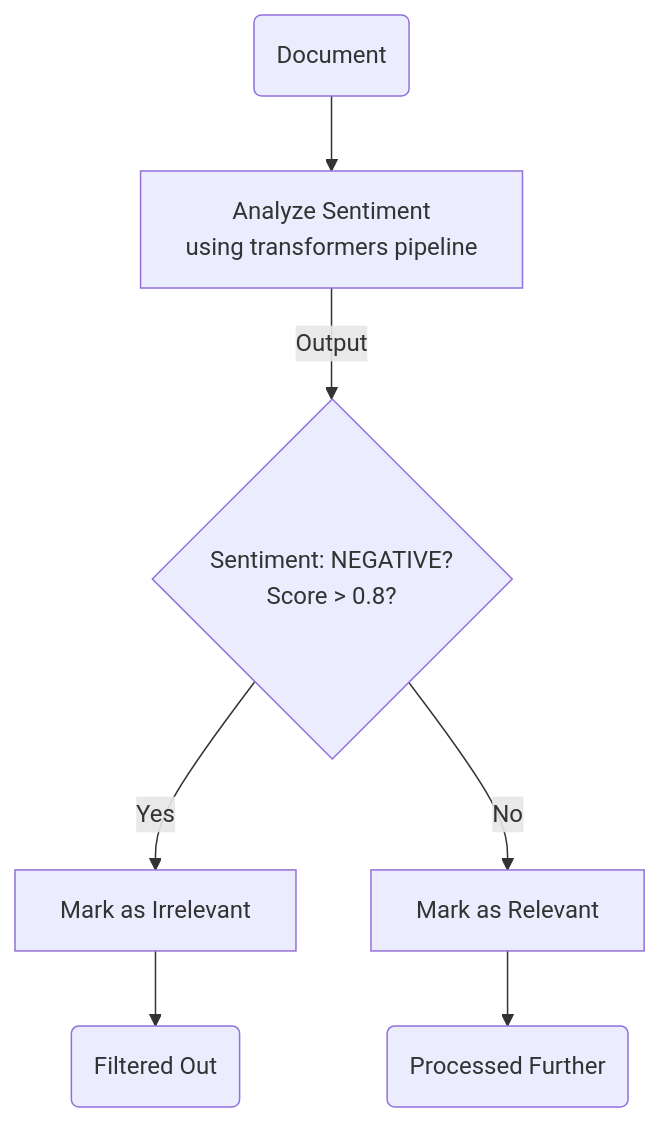
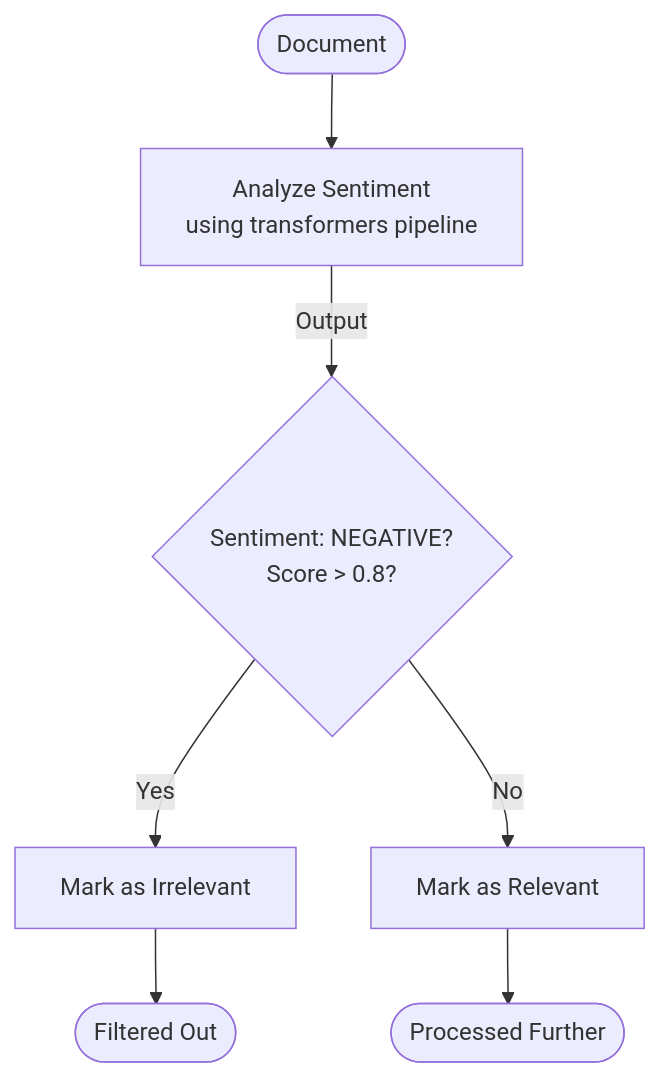
The third of 5 diagrams in docs/Specialized Modules/Event Detection.md (Likhithsai2580/RAVANA-WIKI), drawn with Mermaid before and after one commit. The commit also changed other lines of this file and 78 other files, not shown here.

````diff
--- a/docs/Specialized Modules/Event Detection.md
+++ b/docs/Specialized Modules/Event Detection.md
@@ -91,10 +89,9 @@
 ```mermaid
 flowchart TD
-Start("Document") --> Sentiment["Analyze Sentiment<br/>using transformers pipeline"]
+Start([Document]) --> Sentiment["Analyze Sentiment<br/>using transformers pipeline"]
 Sentiment --> |Output| Result{"Sentiment: NEGATIVE?<br/>Score > 0.8?"}
 Result --> |Yes| Filter["Mark as Irrelevant"]
 Result --> |No| Keep["Mark as Relevant"]
-Filter --> End1("Filtered Out")
-Keep --> End2("Processed Further")
-
+Filter --> End1([Filtered Out])
+Keep --> End2([Processed Further])
 ```
````
